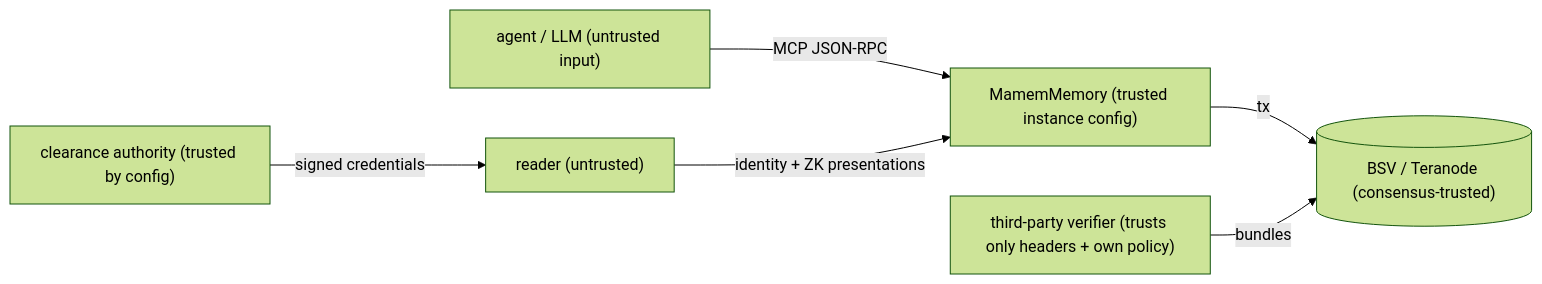
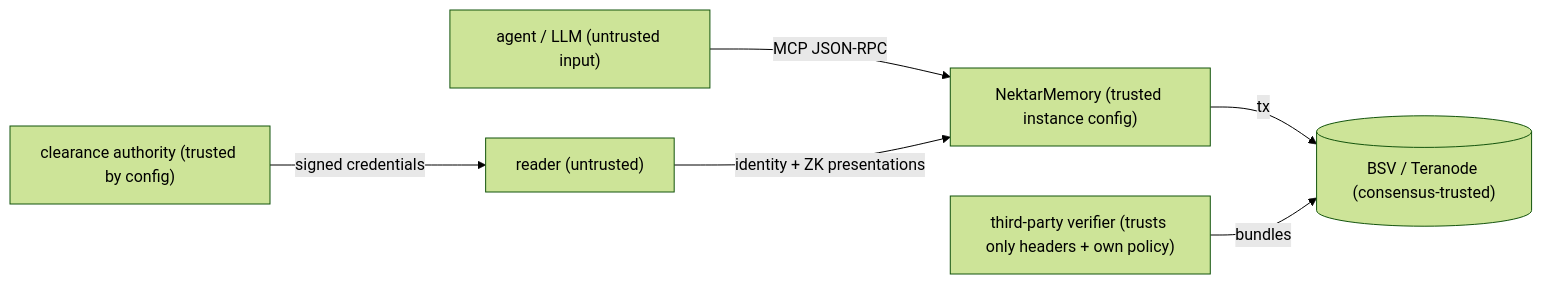
Before and after one commit to kryptokrates/nektar: the diagram in docs/THREAT-MODEL.md, drawn with Mermaid (forest theme). The commit also changed other lines of this file and 297 other files, not shown here.

First line of the commit message:
Rename project mamem → nektar

````diff
--- a/docs/THREAT-MODEL.md
+++ b/docs/THREAT-MODEL.md
@@ -7,8 +7,8 @@
 ```mermaid
 flowchart LR
-  agent["agent / LLM (untrusted input)"] -->|MCP JSON-RPC| svc["MamemMemory (trusted instance config)"]
+  agent["agent / LLM (untrusted input)"] -->|MCP JSON-RPC| svc["NektarMemory (trusted instance config)"]
   reader["reader (untrusted)"] -->|identity + ZK presentations| svc
   svc -->|tx| bsv[("BSV / Teranode (consensus-trusted)")]
   verifier["third-party verifier (trusts only headers + own policy)"] -->|bundles| bsv
   authority["clearance authority (trusted by config)"] -->|signed credentials| reader
 ```
````
